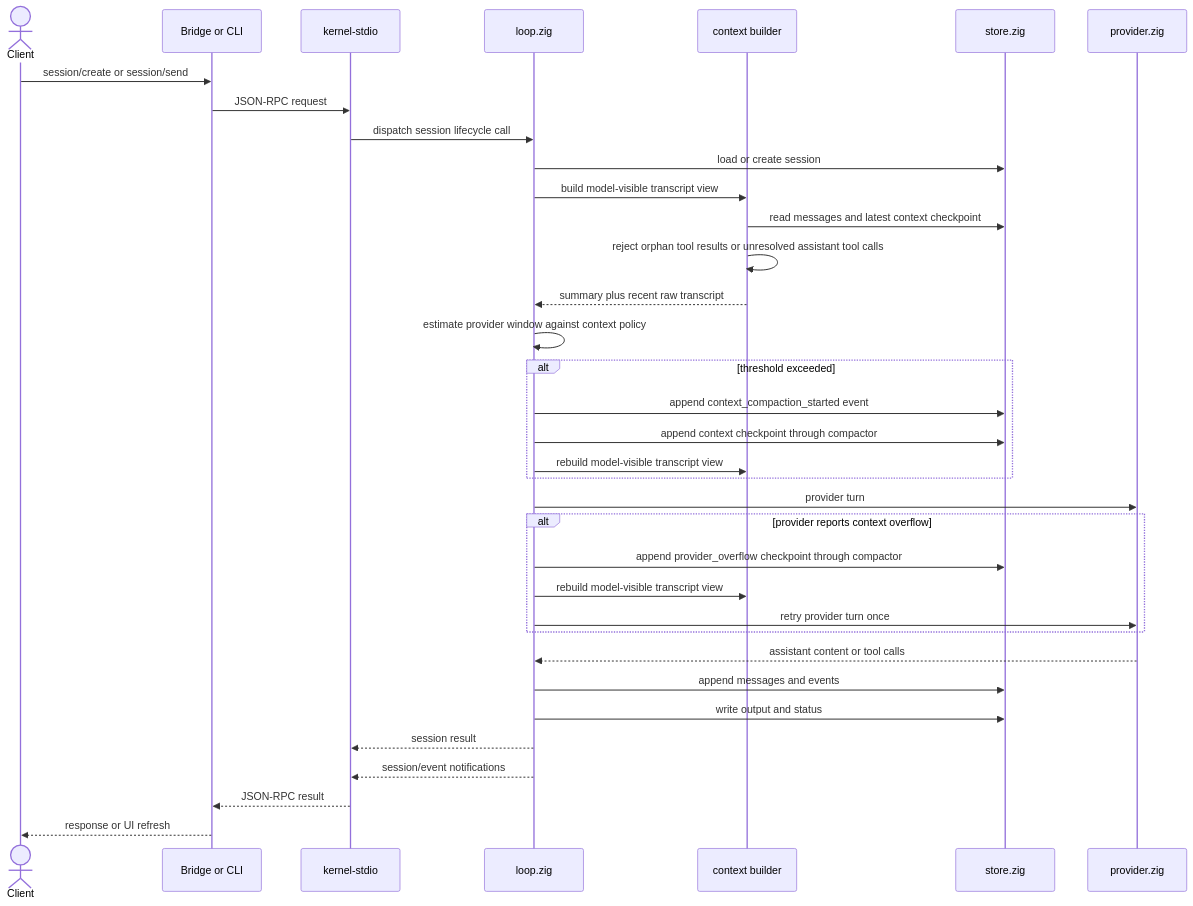
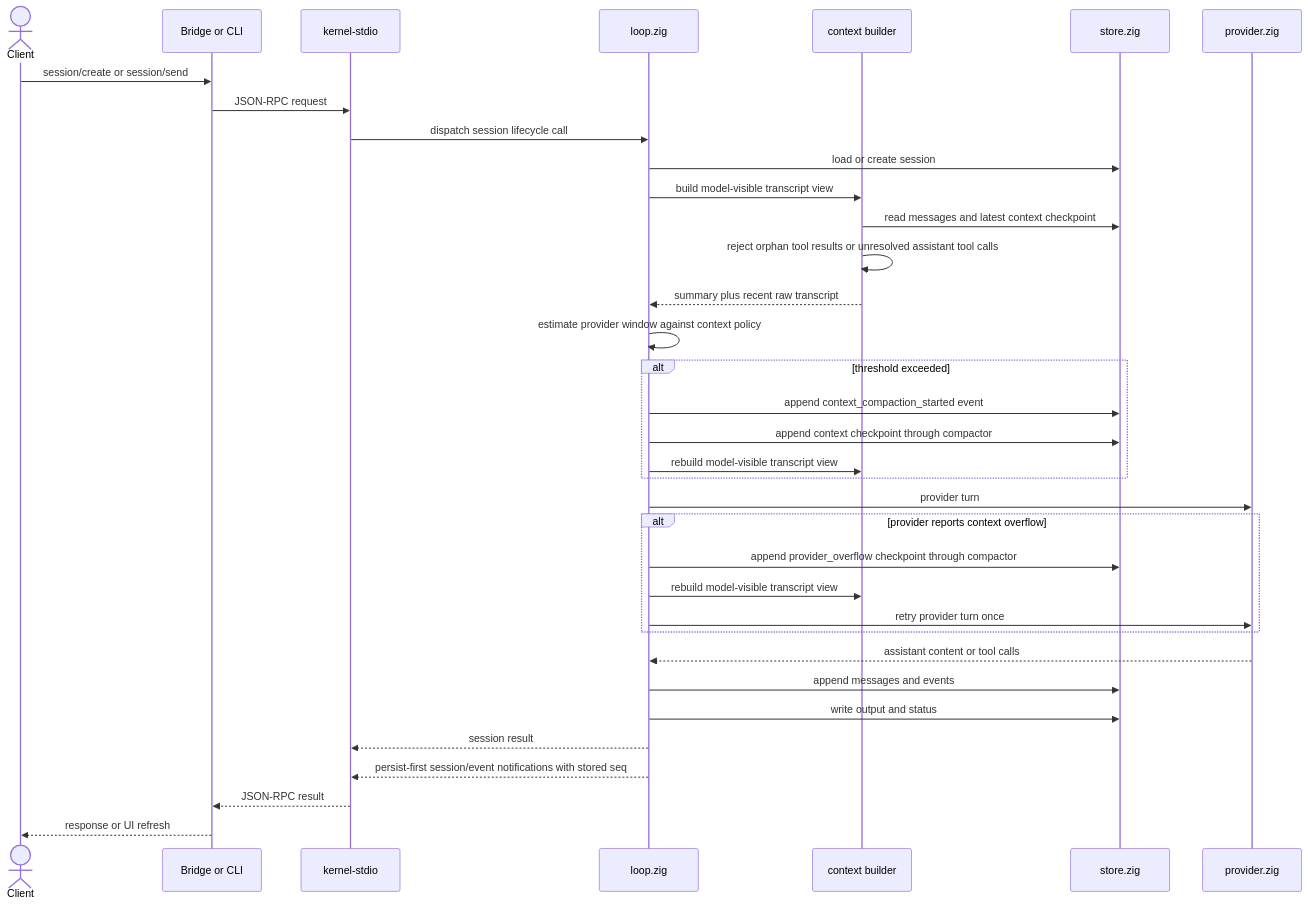
The second of 8 diagrams in apps/backend/architecture.md (savageops/VANTARI-ONE), drawn with Mermaid before and after one commit. The commit also changed other lines of this file and 17 other files, not shown here.

````diff
--- a/apps/backend/architecture.md
+++ b/apps/backend/architecture.md
@@ -119,38 +119,38 @@
 ```mermaid
 sequenceDiagram
   actor C as Client
   participant B as Bridge or CLI
   participant K as kernel-stdio
   participant E as loop.zig
   participant X as context builder
   participant S as store.zig
   participant P as provider.zig
 
   C->>B: session/create or session/send
   B->>K: JSON-RPC request
   K->>E: dispatch session lifecycle call
   E->>S: load or create session
   E->>X: build model-visible transcript view
   X->>S: read messages and latest context checkpoint
   X->>X: reject orphan tool results or unresolved assistant tool calls
   X-->>E: summary plus recent raw transcript
   E->>E: estimate provider window against context policy
   alt threshold exceeded
     E->>S: append context_compaction_started event
     E->>S: append context checkpoint through compactor
     E->>X: rebuild model-visible transcript view
   end
   E->>P: provider turn
   alt provider reports context overflow
     E->>S: append provider_overflow checkpoint through compactor
     E->>X: rebuild model-visible transcript view
     E->>P: retry provider turn once
   end
   P-->>E: assistant content or tool calls
   E->>S: append messages and events
   E->>S: write output and status
   E-->>K: session result
-  E-->>K: session/event notifications
+  E-->>K: persist-first session/event notifications with stored seq
   K-->>B: JSON-RPC result
   B-->>C: response or UI refresh
 ```
````
